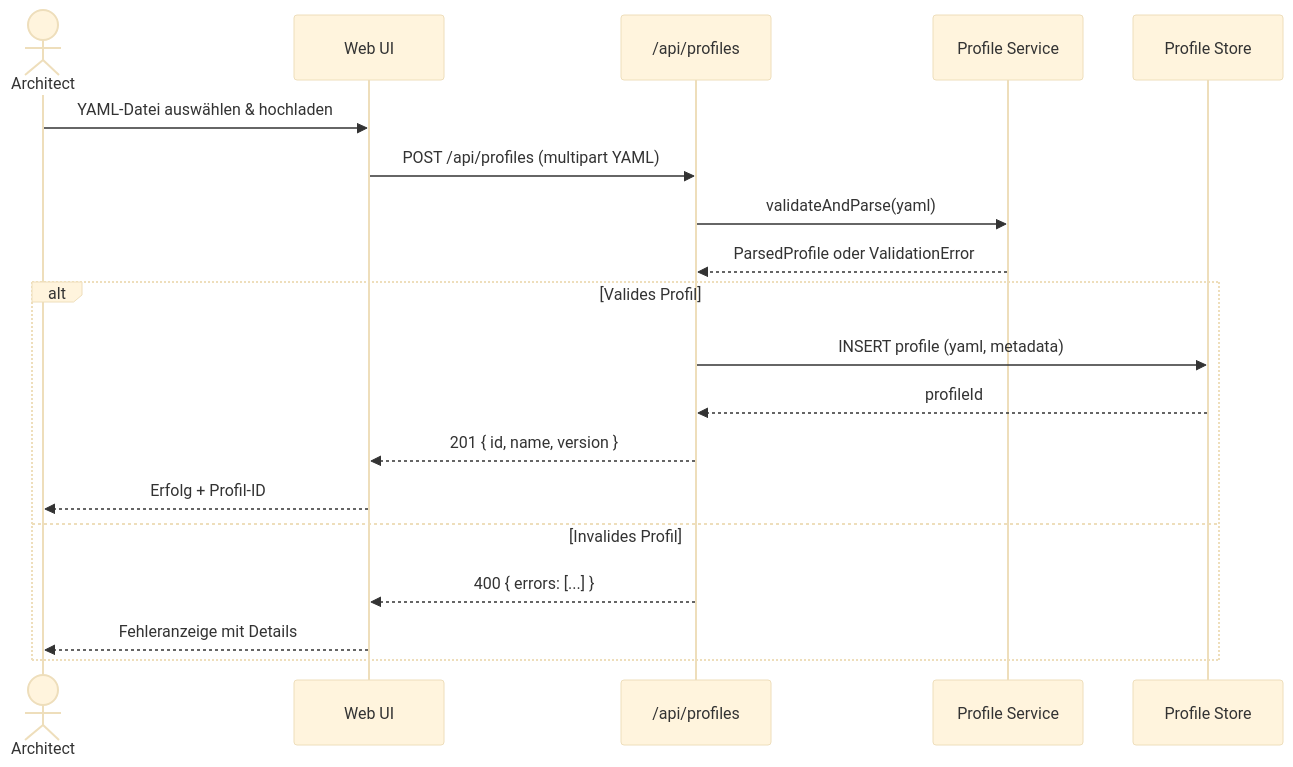
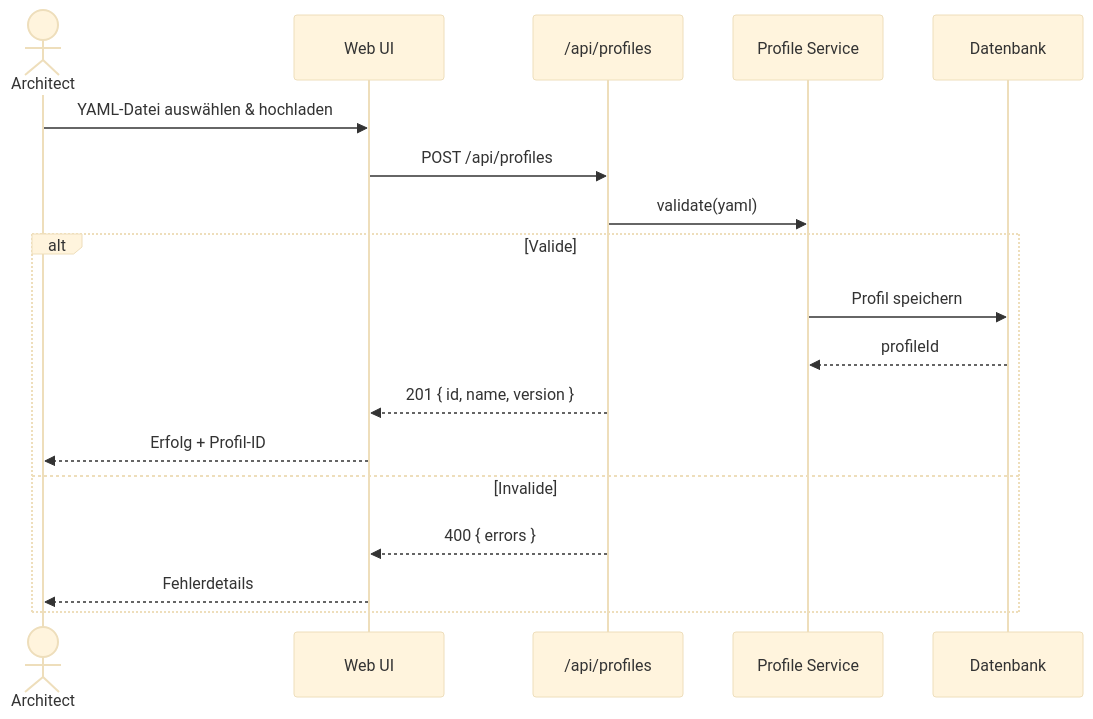
One commit to Architect-Companion/architect-companion changed the third of 6 diagrams in docs/server-architecture.md. Above: the diagram before and after it, drawn with Mermaid (base theme). The commit also changed other lines of this file and 59 other files, not shown here.

````diff
--- a/docs/server-architecture.md
+++ b/docs/server-architecture.md
@@ -90,22 +85,21 @@
 ```mermaid
 sequenceDiagram
-    actor Architect
+    actor A as Architect
     participant UI as Web UI
     participant API as /api/profiles
     participant SVC as Profile Service
-    participant DB as Profile Store
+    participant DB as Datenbank
 
-    Architect->>UI: YAML-Datei auswählen & hochladen
-    UI->>API: POST /api/profiles (multipart YAML)
-    API->>SVC: validateAndParse(yaml)
-    SVC-->>API: ParsedProfile oder ValidationError
-    alt Valides Profil
-        API->>DB: INSERT profile (yaml, metadata)
-        DB-->>API: profileId
+    A->>UI: YAML-Datei auswählen & hochladen
+    UI->>API: POST /api/profiles
+    API->>SVC: validate(yaml)
+    alt Valide
+        SVC->>DB: Profil speichern
+        DB-->>SVC: profileId
         API-->>UI: 201 { id, name, version }
-        UI-->>Architect: Erfolg + Profil-ID
-    else Invalides Profil
-        API-->>UI: 400 { errors: [...] }
-        UI-->>Architect: Fehleranzeige mit Details
+        UI-->>A: Erfolg + Profil-ID
+    else Invalide
+        API-->>UI: 400 { errors }
+        UI-->>A: Fehlerdetails
     end
 ```
````
